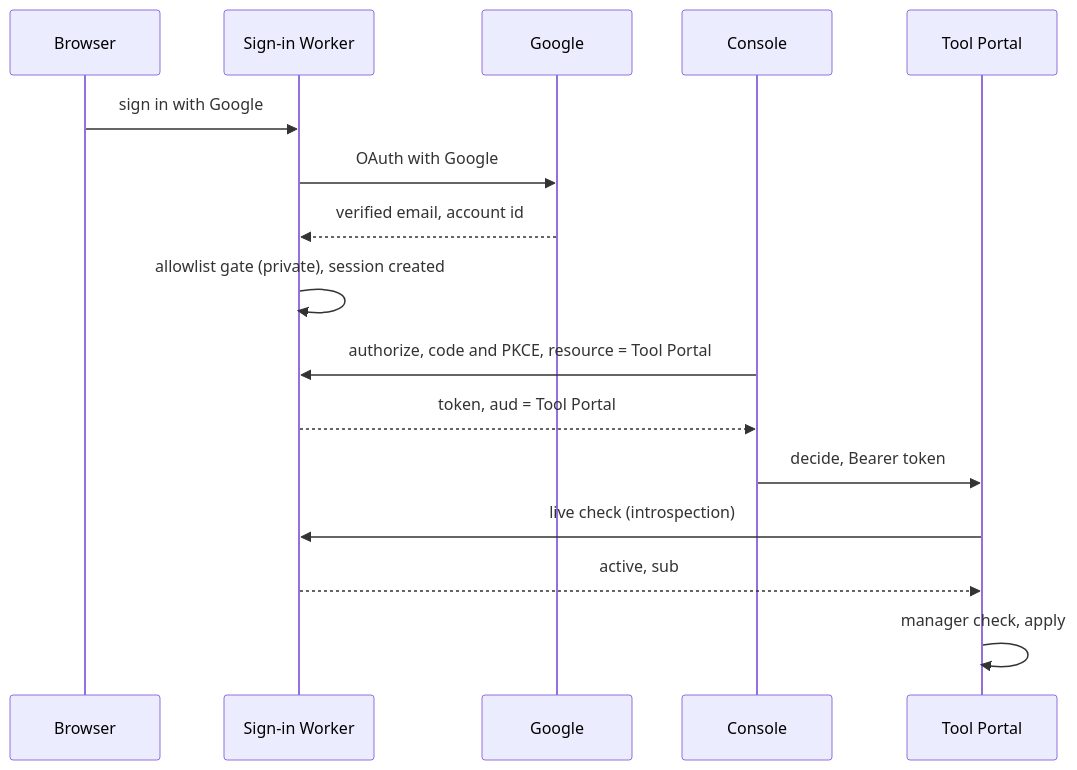
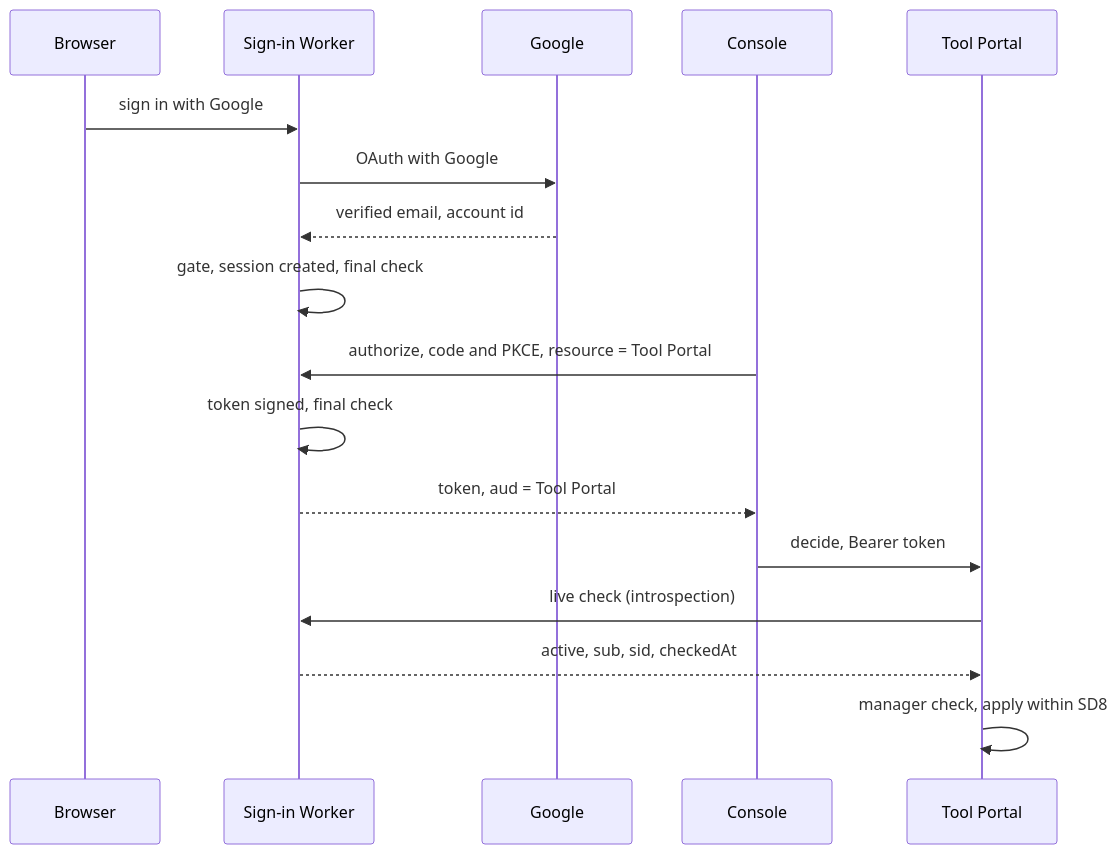
The second of 3 diagrams in docs/specs/2026-10-20-people-sign-in/program-design.md (ShravanSunder/agent-vm), drawn with Mermaid before and after one commit. The commit also changed other lines of this file and 5 other files, not shown here.

````diff
--- a/docs/specs/2026-10-20-people-sign-in/program-design.md
+++ b/docs/specs/2026-10-20-people-sign-in/program-design.md
@@ -142,18 +169,19 @@
 ```mermaid
 sequenceDiagram
   participant B as Browser
   participant W as Sign-in Worker
   participant G as Google
   participant C as Console
   participant T as Tool Portal
   B->>W: sign in with Google
   W->>G: OAuth with Google
   G-->>W: verified email, account id
-  W->>W: allowlist gate (private), session created
+  W->>W: gate, session created, final check
   C->>W: authorize, code and PKCE, resource = Tool Portal
+  W->>W: token signed, final check
   W-->>C: token, aud = Tool Portal
   C->>T: decide, Bearer token
   T->>W: live check (introspection)
-  W-->>T: active, sub
-  T->>T: manager check, apply
+  W-->>T: active, sub, sid, checkedAt
+  T->>T: manager check, apply within SD8
 ```
````
